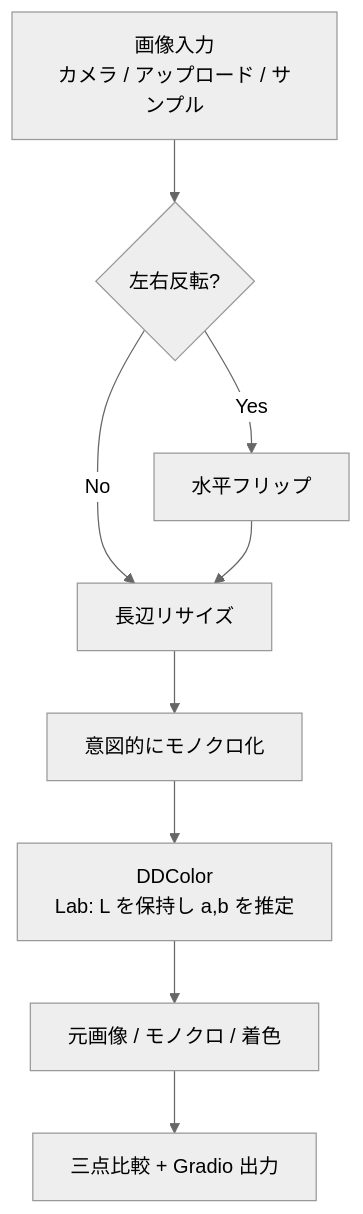
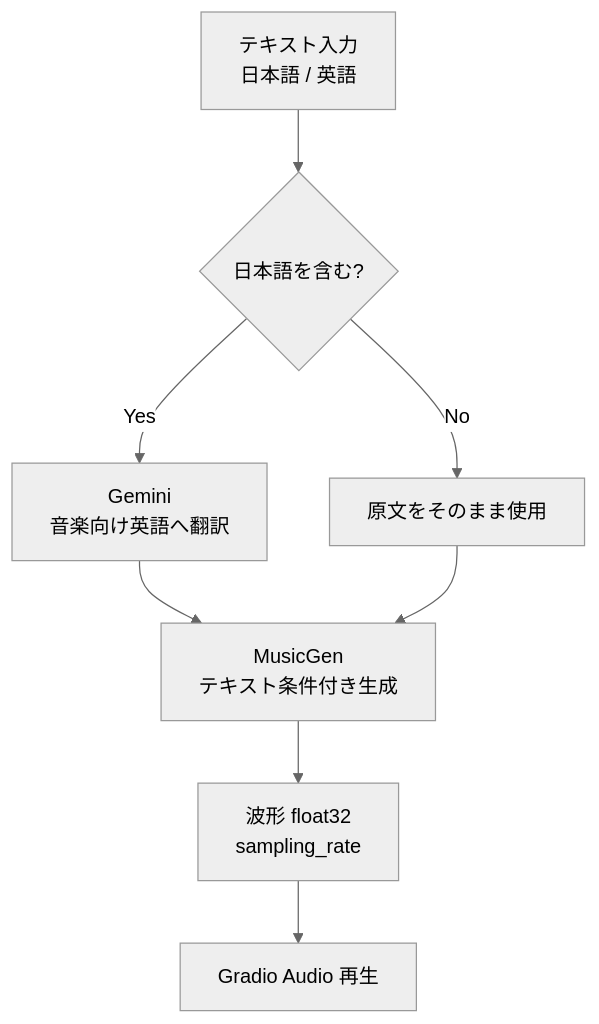
One commit to yryo1005/OpenCampus_Demo changed the first of 2 diagrams in document.md. Above: the diagram before and after it, drawn with Mermaid (neutral theme). The commit also changed other lines of this file and 3 other files, not shown here.

````diff
--- a/document.md
+++ b/document.md
@@ -34,11 +34,10 @@
 ```mermaid
 flowchart TD
-    A[画像入力<br/>カメラ / アップロード / サンプル] --> B{左右反転?}
-    B -->|Yes| C[水平フリップ]
-    B -->|No| D[長辺リサイズ]
-    C --> D
-    D --> E[意図的にモノクロ化]
-    E --> F[DDColor<br/>Lab: L を保持し a,b を推定]
-    F --> G[元画像 / モノクロ / 着色]
-    G --> H[三点比較 + Gradio 出力]
+    A[テキスト入力<br/>日本語 / 英語] --> B{日本語を含む?}
+    B -->|Yes| C[Gemini<br/>音楽向け英語へ翻訳]
+    B -->|No| D[原文をそのまま使用]
+    C --> E[MusicGen<br/>テキスト条件付き生成]
+    D --> E
+    E --> F[波形 float32<br/>sampling_rate]
+    F --> G[Gradio Audio 再生]
 ```
````
